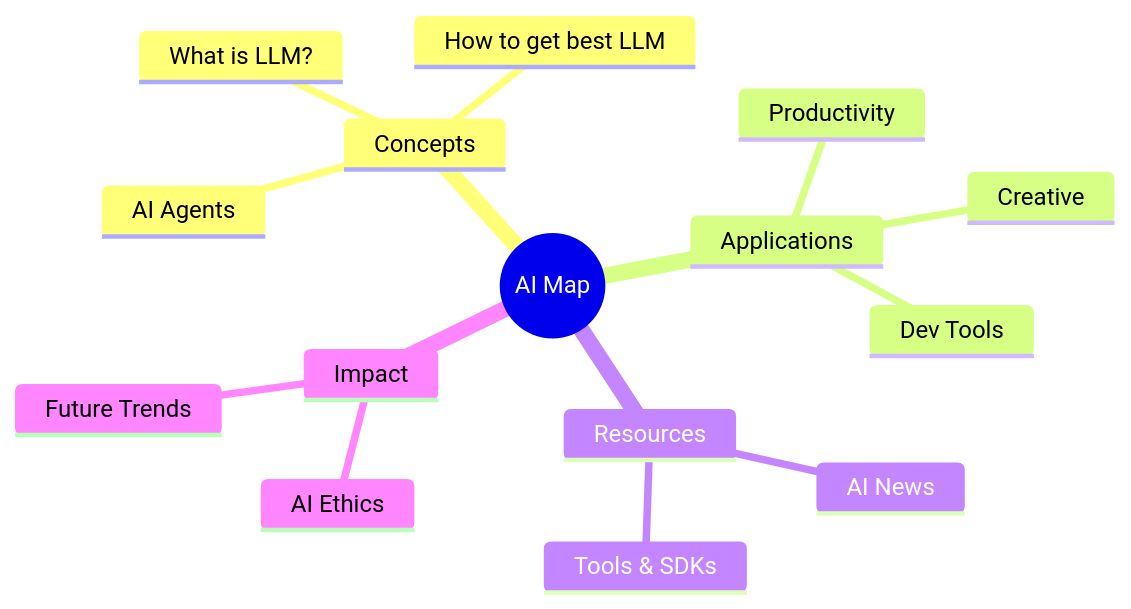
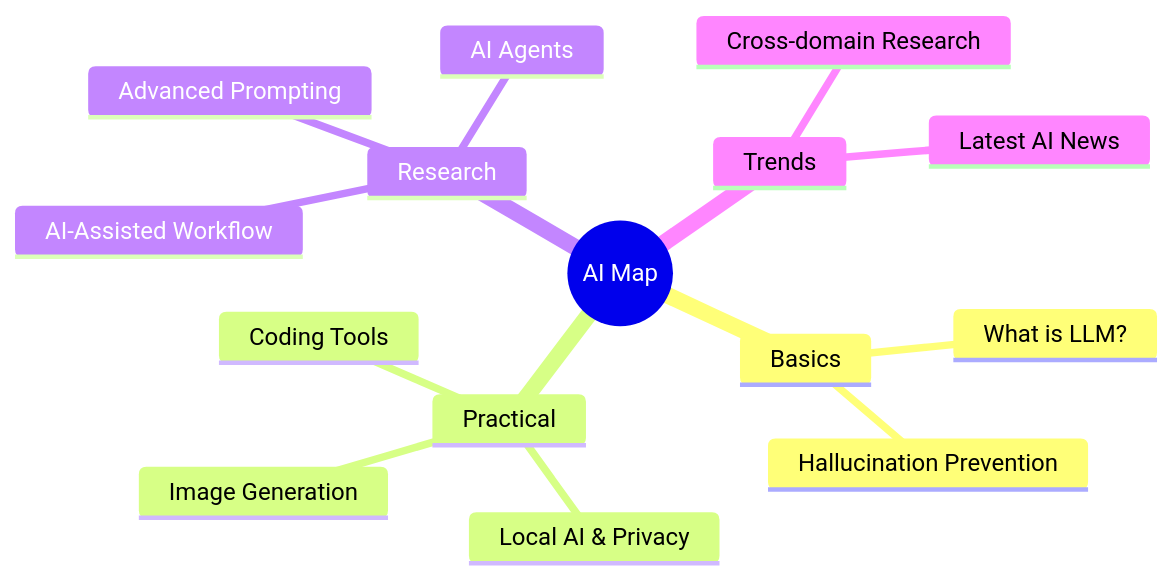
The diagram in docs/en/index.md (ultima6-tw/ai-map), drawn with Mermaid before and after one commit. The commit also changed other lines of this file and 14 other files, not shown here.

Commit message:
feat: restructure AI Map with focus on Research, Coding, and Image Gen per user request

````diff
--- a/docs/en/index.md
+++ b/docs/en/index.md
@@ -7,18 +7,18 @@
 ```mermaid
 mindmap
   root((AI Map))
-    Concepts
+    Basics
       What is LLM?
-      How to get best LLM
+      Hallucination Prevention
+    Practical
+      Coding Tools
+      Image Generation
+      Local AI & Privacy
+    Research
+      AI-Assisted Workflow
+      Advanced Prompting
       AI Agents
-    Applications
-      Productivity
-      Creative
-      Dev Tools
-    Resources
-      AI News
-      Tools & SDKs
-    Impact
-      AI Ethics
-      Future Trends
+    Trends
+      Cross-domain Research
+      Latest AI News
 ```
````
